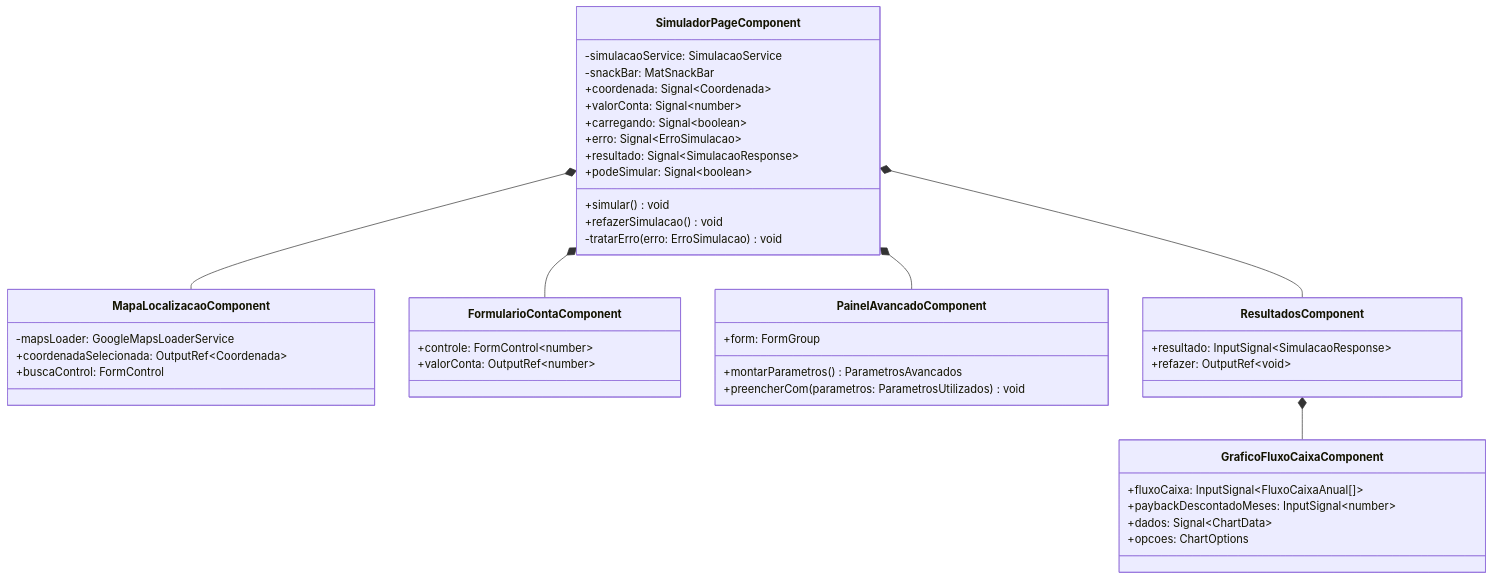
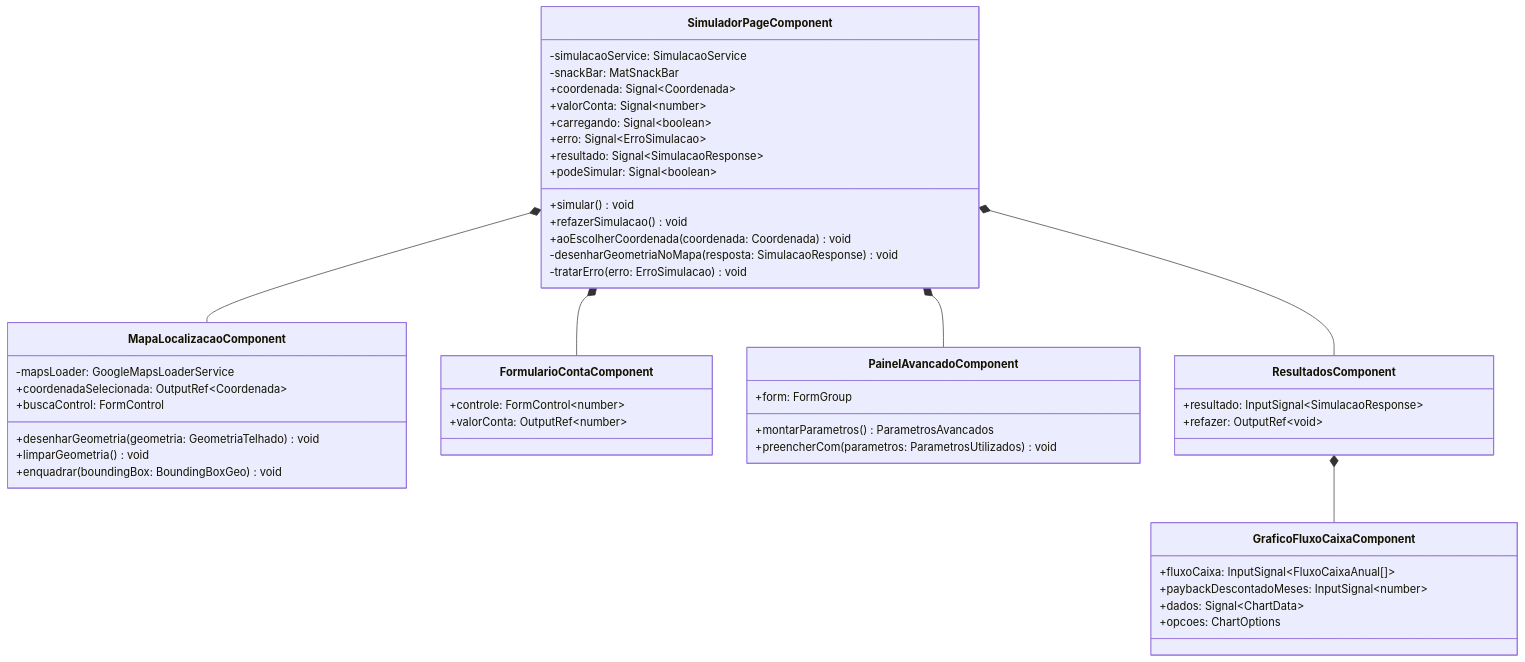
One commit to caruazu/curazi-gui changed the fourth of 5 diagrams in ABOUT.md. Above: the diagram before and after it, drawn with Mermaid. The commit also changed other lines of this file and 12 other files, not shown here.

````diff
--- a/ABOUT.md
+++ b/ABOUT.md
@@ -242,46 +273,51 @@
 ```mermaid
 classDiagram
     class SimuladorPageComponent {
         -simulacaoService: SimulacaoService
         -snackBar: MatSnackBar
         +coordenada: Signal~Coordenada~
         +valorConta: Signal~number~
         +carregando: Signal~boolean~
         +erro: Signal~ErroSimulacao~
         +resultado: Signal~SimulacaoResponse~
         +podeSimular: Signal~boolean~
         +simular() void
         +refazerSimulacao() void
+        +aoEscolherCoordenada(coordenada: Coordenada) void
+        -desenharGeometriaNoMapa(resposta: SimulacaoResponse) void
         -tratarErro(erro: ErroSimulacao) void
     }
     class MapaLocalizacaoComponent {
         -mapsLoader: GoogleMapsLoaderService
         +coordenadaSelecionada: OutputRef~Coordenada~
         +buscaControl: FormControl
+        +desenharGeometria(geometria: GeometriaTelhado) void
+        +limparGeometria() void
+        +enquadrar(boundingBox: BoundingBoxGeo) void
     }
     class FormularioContaComponent {
         +controle: FormControl~number~
         +valorConta: OutputRef~number~
     }
     class PainelAvancadoComponent {
         +form: FormGroup
         +montarParametros() ParametrosAvancados
         +preencherCom(parametros: ParametrosUtilizados) void
     }
     class ResultadosComponent {
         +resultado: InputSignal~SimulacaoResponse~
         +refazer: OutputRef~void~
     }
     class GraficoFluxoCaixaComponent {
         +fluxoCaixa: InputSignal~FluxoCaixaAnual[]~
         +paybackDescontadoMeses: InputSignal~number~
         +dados: Signal~ChartData~
         +opcoes: ChartOptions
     }
 
     SimuladorPageComponent *-- MapaLocalizacaoComponent
     SimuladorPageComponent *-- FormularioContaComponent
     SimuladorPageComponent *-- PainelAvancadoComponent
     SimuladorPageComponent *-- ResultadosComponent
     ResultadosComponent *-- GraficoFluxoCaixaComponent
 ```
````
